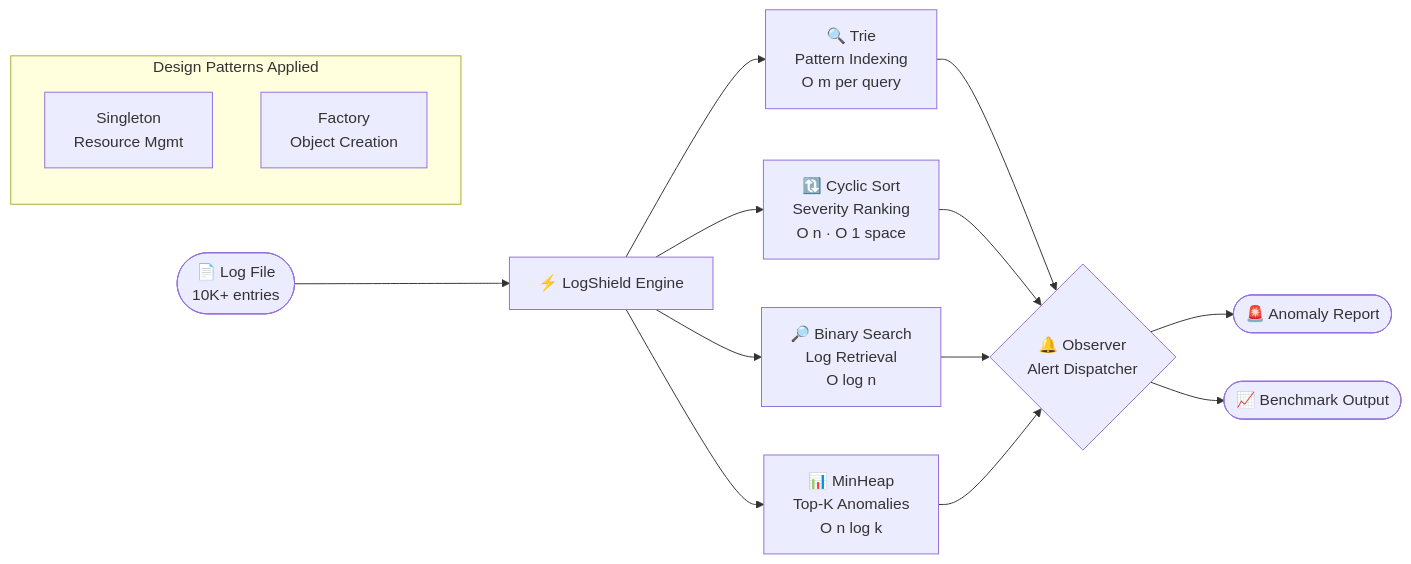
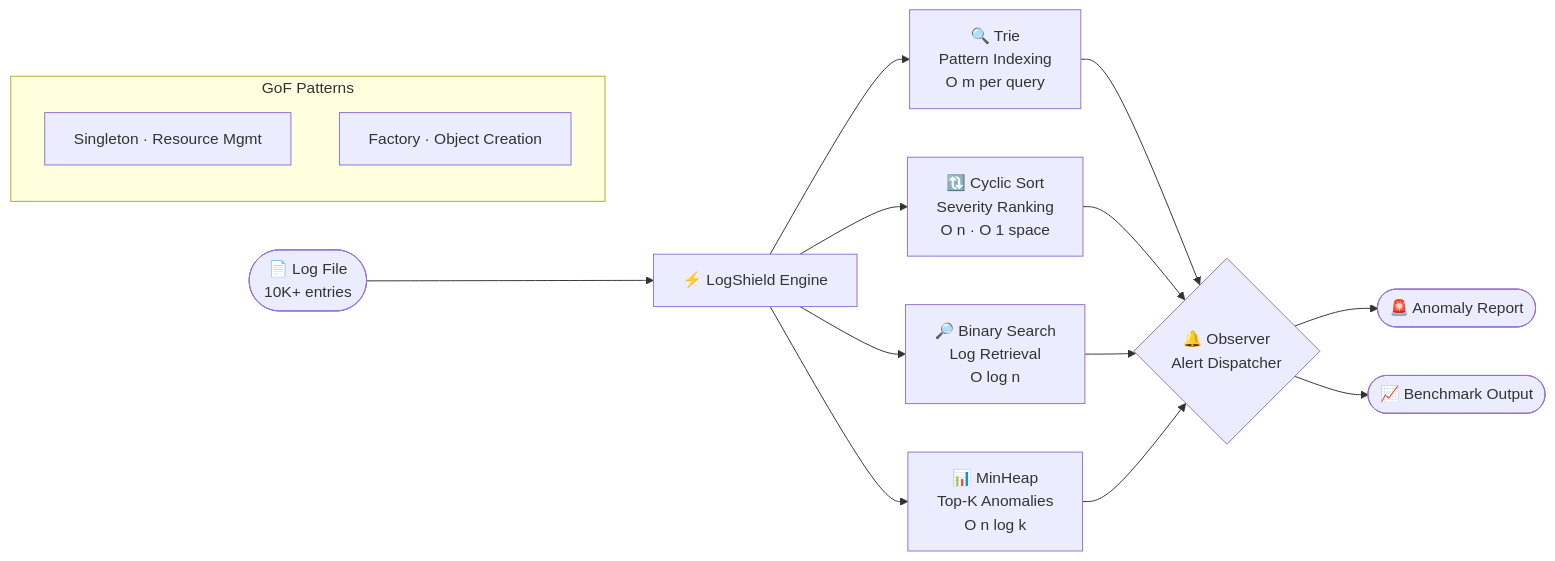
One commit to virochan-v/virochan-v changed the diagram in README.md. Above: the diagram before and after it, drawn with Mermaid. The commit also changed other lines of this file and 1 other file, not shown here.

Commit message:
feat: narrative storytelling, callout boxes, code snippet, task roadmap, CGPA 7.94

````diff
--- a/README.md
+++ b/README.md
@@ -160,19 +236,18 @@
 ```mermaid
 flowchart LR
     A([📄 Log File\n10K+ entries]) --> B[⚡ LogShield Engine]
 
     B --> C[🔍 Trie\nPattern Indexing\nO m per query]
     B --> D[🔃 Cyclic Sort\nSeverity Ranking\nO n · O 1 space]
     B --> E[🔎 Binary Search\nLog Retrieval\nO log n]
     B --> F[📊 MinHeap\nTop-K Anomalies\nO n log k]
 
     C & D & E & F --> G{🔔 Observer\nAlert Dispatcher}
-
     G --> H([🚨 Anomaly Report])
     G --> I([📈 Benchmark Output])
 
-    subgraph Design Patterns Applied
-        J[Singleton\nResource Mgmt]
-        K[Factory\nObject Creation]
+    subgraph GoF Patterns
+        J[Singleton · Resource Mgmt]
+        K[Factory · Object Creation]
     end
 ```
````
